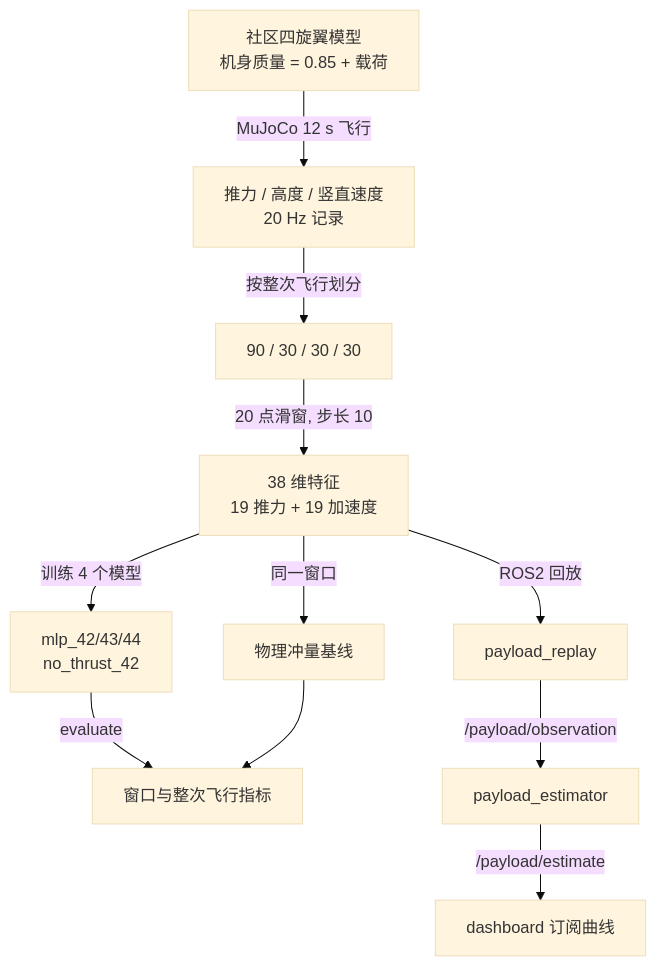
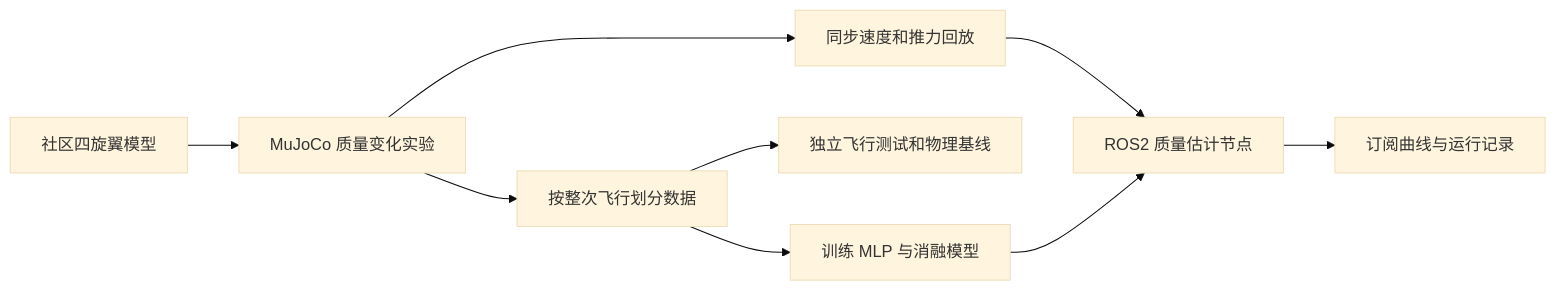
Before and after one commit to OpenHUTB/ros2: the diagram in docs/air/payload_mass_estimation.md, drawn with Mermaid (base theme). The commit also changed other lines of this file and 6 other files, not shown here.

````diff
--- a/docs/air/payload_mass_estimation.md
+++ b/docs/air/payload_mass_estimation.md
@@ -221,13 +121,11 @@
 ```mermaid
-flowchart TD
-    A[社区四旋翼模型<br/>机身质量 = 0.85 + 载荷] -->|MuJoCo 12 s 飞行| B[推力 / 高度 / 竖直速度<br/>20 Hz 记录]
-    B -->|按整次飞行划分| C[90 / 30 / 30 / 30]
-    C -->|20 点滑窗, 步长 10| D[38 维特征<br/>19 推力 + 19 加速度]
-    D -->|训练 4 个模型| E[mlp_42/43/44<br/>no_thrust_42]
-    D -->|同一窗口| F[物理冲量基线]
-    E -->|evaluate| G[窗口与整次飞行指标]
-    F --> G
-    D -->|ROS2 回放| H[payload_replay]
-    H -->|/payload/observation| I[payload_estimator]
-    I -->|/payload/estimate| J[dashboard 订阅曲线]
+flowchart LR
+  A[社区四旋翼模型] --> B[MuJoCo 质量变化实验]
+  B --> C[按整次飞行划分数据]
+  C --> D[训练 MLP 与消融模型]
+  C --> E[独立飞行测试和物理基线]
+  B --> F[同步速度和推力回放]
+  F --> G[ROS2 质量估计节点]
+  D --> G
+  G --> H[订阅曲线与运行记录]
 ```
````
